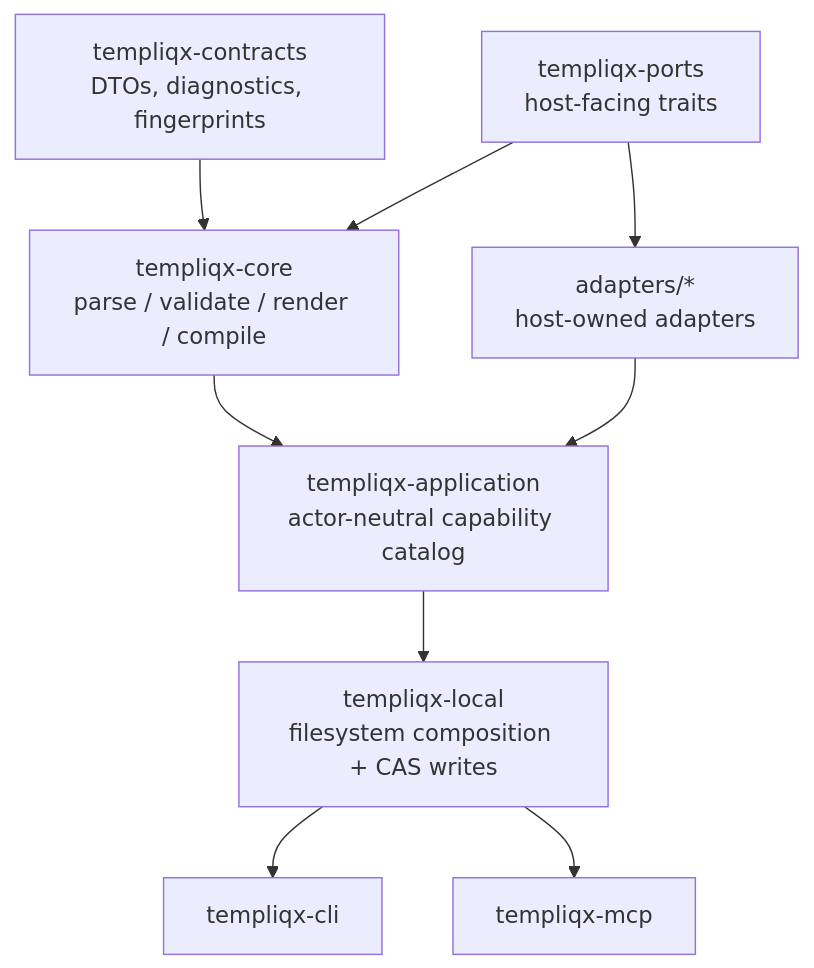
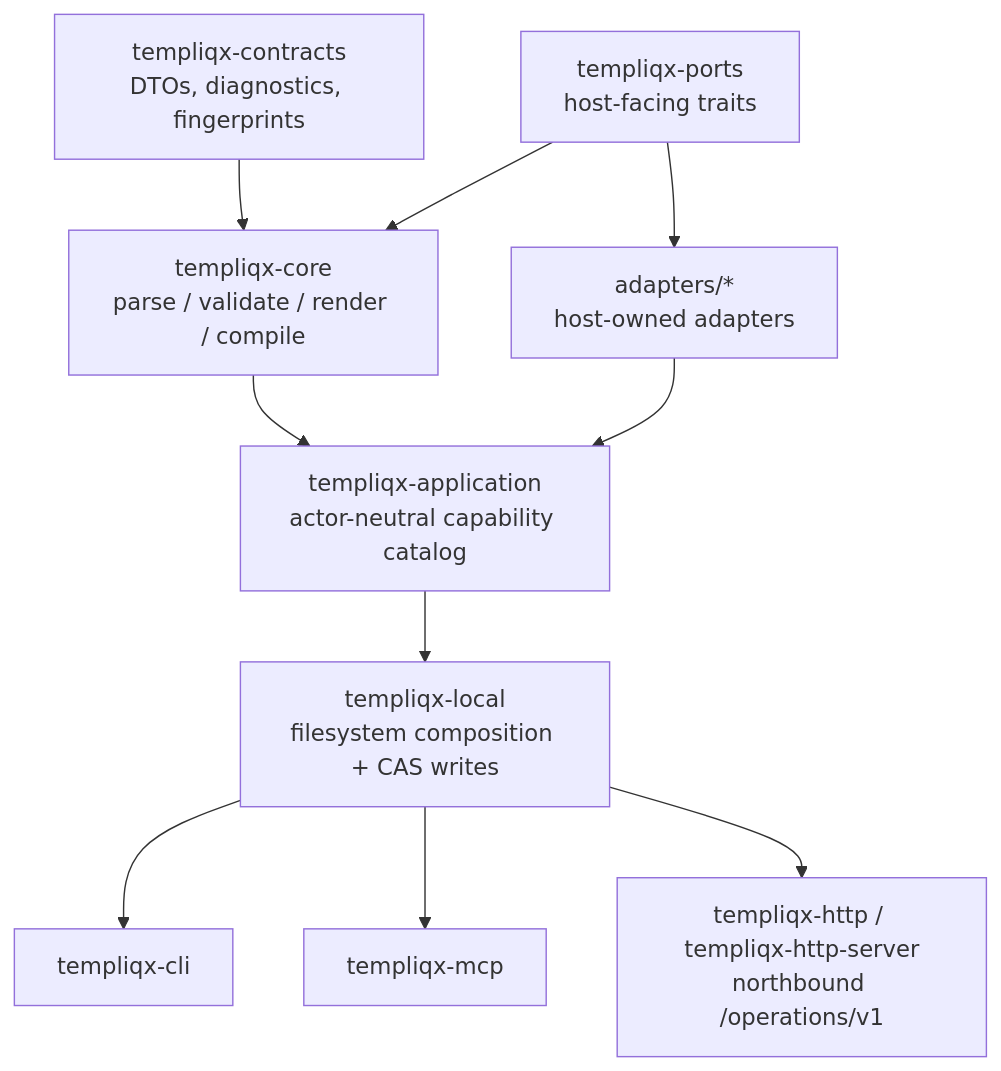
Before and after one commit to RyanLisse/templiqx: the diagram in openwiki/architecture.mdx, drawn with Mermaid. The commit also changed other lines of this file and 2 other files, not shown here.

````diff
--- a/openwiki/architecture.mdx
+++ b/openwiki/architecture.mdx
@@ -9,26 +9,29 @@
 ```mermaid
 flowchart TD
     Contracts["templiqx-contracts
 DTOs, diagnostics, fingerprints"]
     Ports["templiqx-ports
 host-facing traits"]
     Core["templiqx-core
 parse / validate / render / compile"]
     Adapters["adapters/*
 host-owned adapters"]
     Application["templiqx-application
 actor-neutral capability catalog"]
     Local["templiqx-local
 filesystem composition + CAS writes"]
     CLI["templiqx-cli"]
     MCP["templiqx-mcp"]
+    HTTP["templiqx-http / templiqx-http-server
+northbound /operations/v1"]
 
     Contracts --> Core
     Ports --> Core
     Ports --> Adapters
     Core --> Application
     Adapters --> Application
     Application --> Local
     Local --> CLI
     Local --> MCP
+    Local --> HTTP
 ```
````
